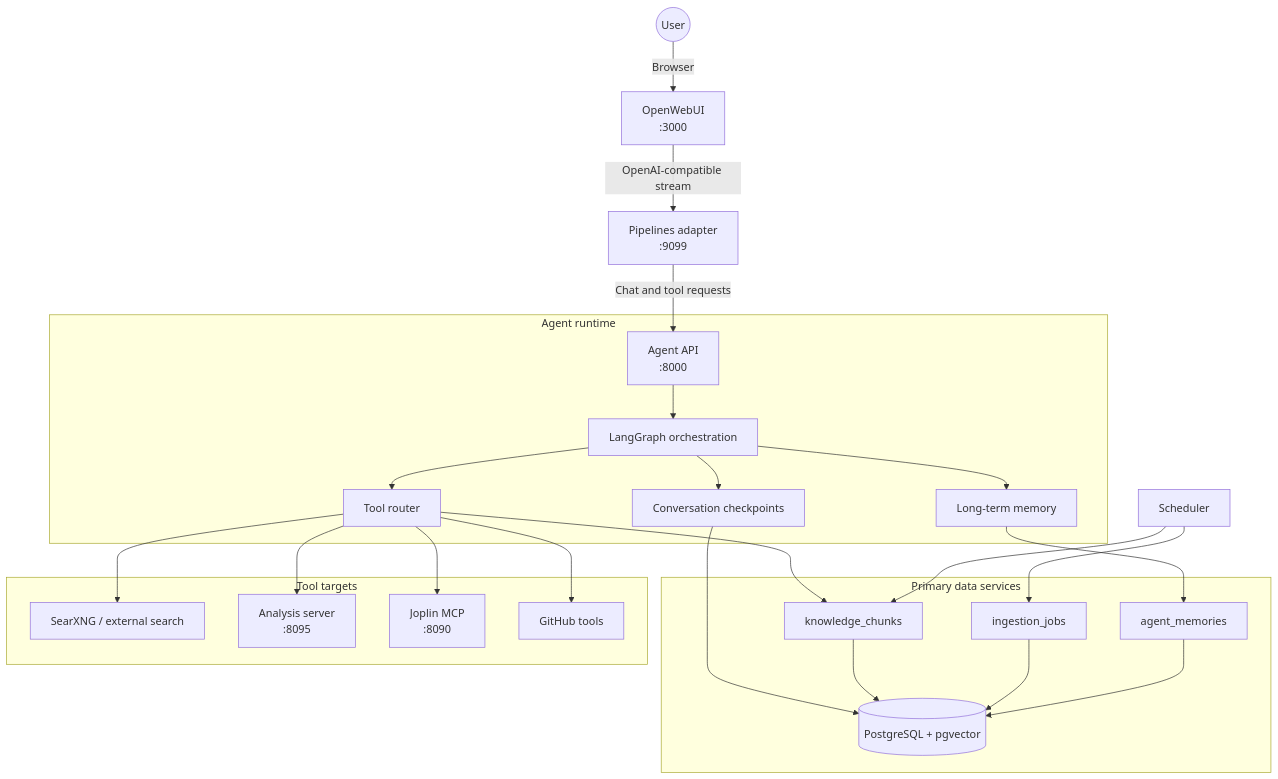
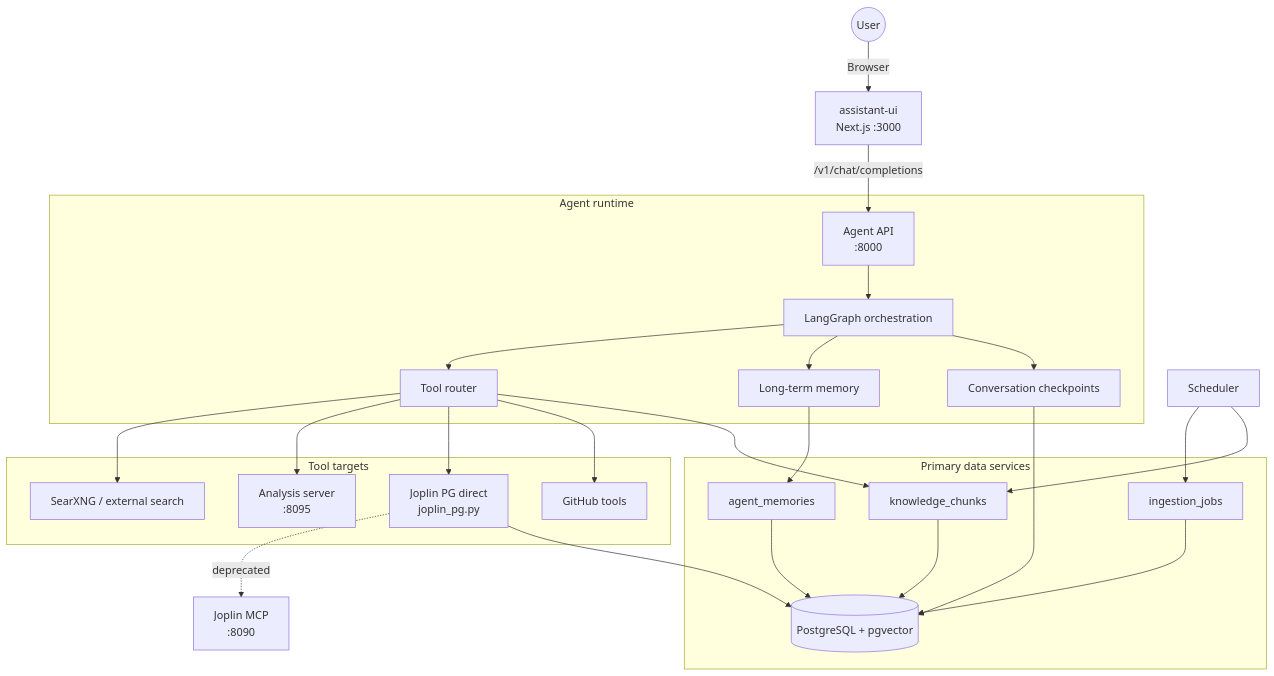
Before and after one commit to Ch3w3y/parsnip-ai: the diagram in ARCHITECTURE.md, drawn with Mermaid. The commit also changed other lines of this file and 2 other files, not shown here.

First line of the commit message:
docs: update architecture and routing docs for new patterns

````diff
--- a/ARCHITECTURE.md
+++ b/ARCHITECTURE.md
@@ -9,36 +9,38 @@
 ```mermaid
 flowchart TD
-    User((User)) -->|Browser| OWUI[OpenWebUI<br/>:3000]
-    OWUI -->|OpenAI-compatible stream| Pipe[Pipelines adapter<br/>:9099]
-    Pipe -->|Chat and tool requests| Agent[Agent API<br/>:8000]
+    User((User)) -->|Browser| FE[assistant-ui<br/>Next.js :3000]
+    FE -->|/v1/chat/completions| Agent[Agent API<br/>:8000]
 
     subgraph Runtime[Agent runtime]
         Agent --> Graph[LangGraph orchestration]
         Graph --> Tools[Tool router]
         Graph --> Memory[Long-term memory]
         Graph --> Checkpoints[Conversation checkpoints]
     end
 
     subgraph Data[Primary data services]
         PG[(PostgreSQL + pgvector)]
         KB[knowledge_chunks]
         Jobs[ingestion_jobs]
         AM[agent_memories]
     end
 
     subgraph Integrations[Tool targets]
         Tools --> Search[SearXNG / external search]
         Tools --> Analysis[Analysis server<br/>:8095]
-        Tools --> Joplin[Joplin MCP<br/>:8090]
+        Tools --> JoplinPG[Joplin PG direct<br/>joplin_pg.py]
         Tools --> GitHub[GitHub tools]
     end
+
+    JoplinPG -.->|deprecated| JMCP[Joplin MCP<br/>:8090]
+    JoplinPG --> PG
 
     Memory --> AM
     Checkpoints --> PG
     Tools --> KB
     Scheduler[Scheduler] --> Jobs
     Scheduler --> KB
     KB --> PG
     Jobs --> PG
     AM --> PG
 ```
````
